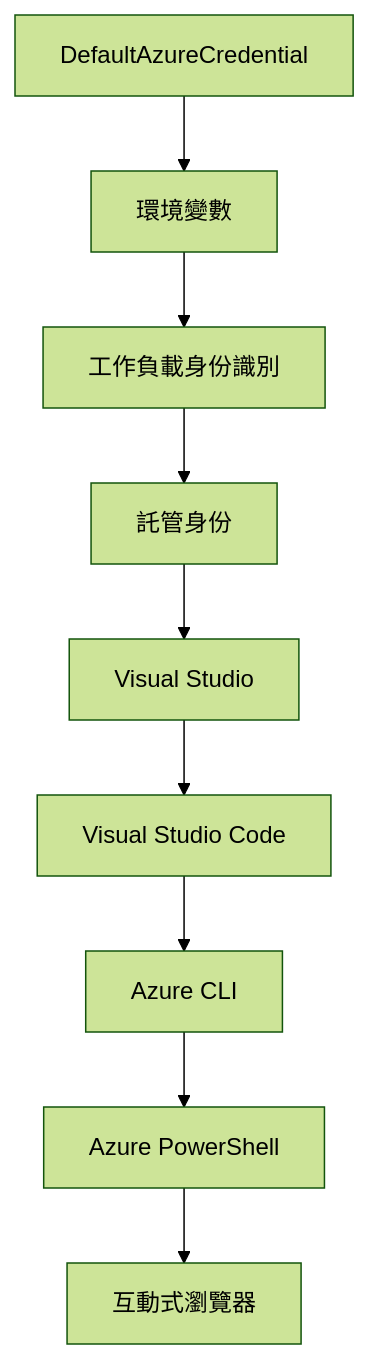
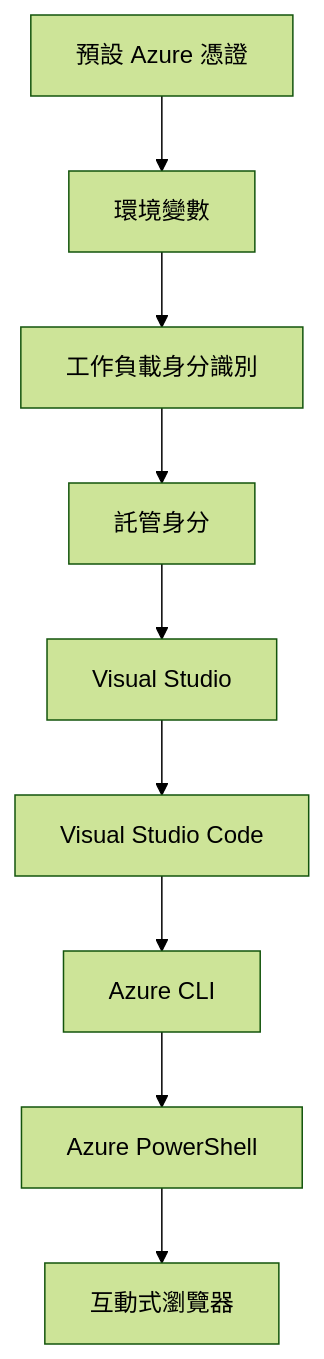
One commit to microsoft/AZD-for-beginners changed the second of 2 diagrams in translations/zh-TW/docs/chapter-01-foundation/azd-basics.md. Above: the diagram before and after it, drawn with Mermaid (forest theme). The commit also changed other lines of this file and 104 other files, not shown here.

````diff
--- a/translations/zh-TW/docs/chapter-01-foundation/azd-basics.md
+++ b/translations/zh-TW/docs/chapter-01-foundation/azd-basics.md
@@ -591,11 +606,11 @@
 ```mermaid
 graph TD
-    A[DefaultAzureCredential] --> B[環境變數]
-    B --> C[工作負載身份識別]
-    C --> D[託管身份]
+    A[預設 Azure 憑證] --> B[環境變數]
+    B --> C[工作負載身分識別]
+    C --> D[託管身分]
     D --> E[Visual Studio]
     E --> F[Visual Studio Code]
     F --> G[Azure CLI]
     G --> H[Azure PowerShell]
     H --> I[互動式瀏覽器]
 ```
````
